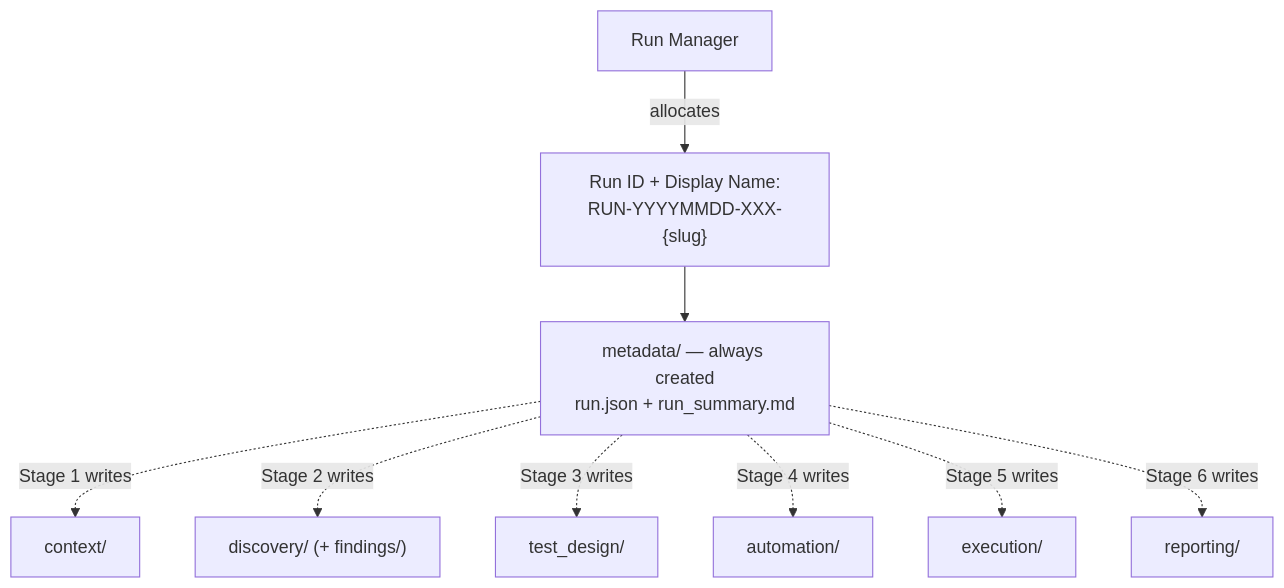
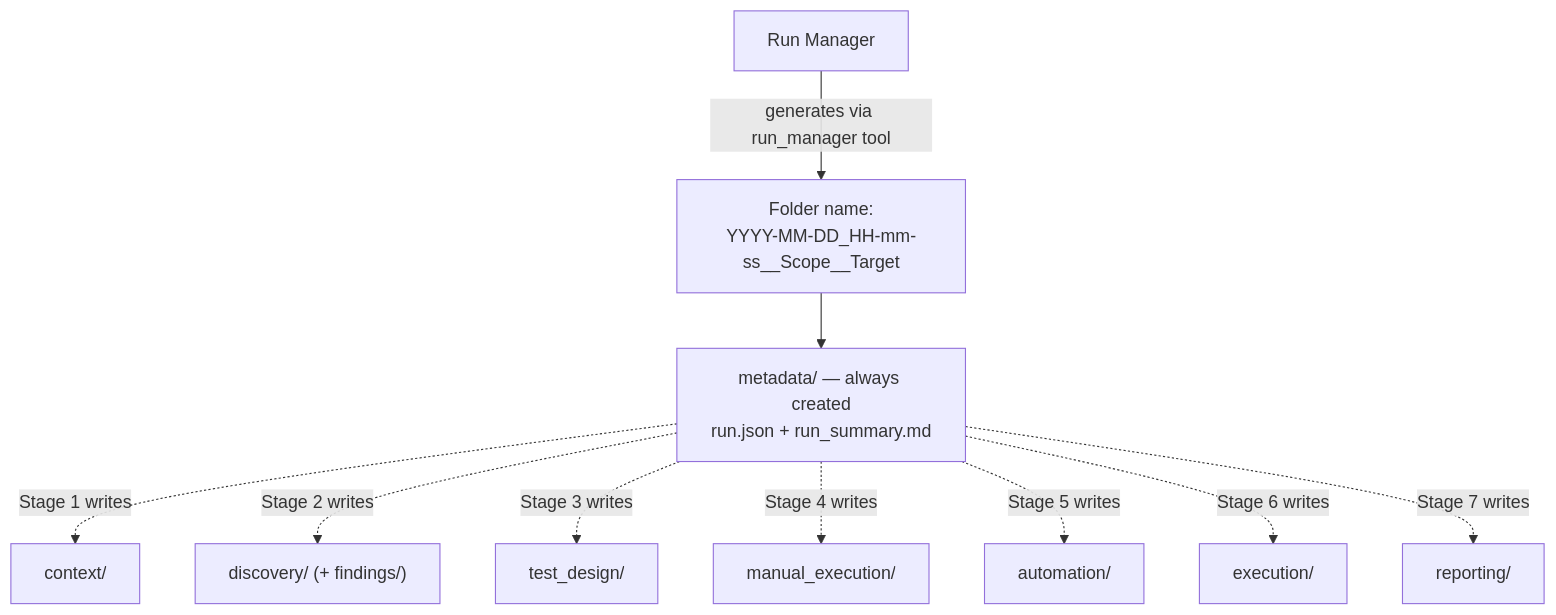
One commit to HusseinAtaHussein1/AISeatMap changed the seventh of 10 diagrams in README.md. Above: the diagram before and after it, drawn with Mermaid. The commit also changed other lines of this file and 208 other files, not shown here.

Commit message:
new agent for manual execution only

````diff
--- a/README.md
+++ b/README.md
@@ -513,11 +525,12 @@
 ```mermaid
 flowchart TD
-    RM["Run Manager"] -->|allocates| RID["Run ID + Display Name:<br/>RUN-YYYYMMDD-XXX-{slug}"]
+    RM["Run Manager"] -->|generates via run_manager tool| RID["Folder name:<br/>YYYY-MM-DD_HH-mm-ss__Scope__Target"]
     RID --> META["metadata/ — always created<br/>run.json + run_summary.md"]
     META -.->|Stage 1 writes| CTX["context/"]
     META -.->|Stage 2 writes| DISC["discovery/ (+ findings/)"]
     META -.->|Stage 3 writes| TDS["test_design/"]
-    META -.->|Stage 4 writes| AUT["automation/"]
-    META -.->|Stage 5 writes| EXE["execution/"]
-    META -.->|Stage 6 writes| REP["reporting/"]
+    META -.->|Stage 4 writes| MANEX["manual_execution/"]
+    META -.->|Stage 5 writes| AUT["automation/"]
+    META -.->|Stage 6 writes| EXE["execution/"]
+    META -.->|Stage 7 writes| REP["reporting/"]
 ```
````
